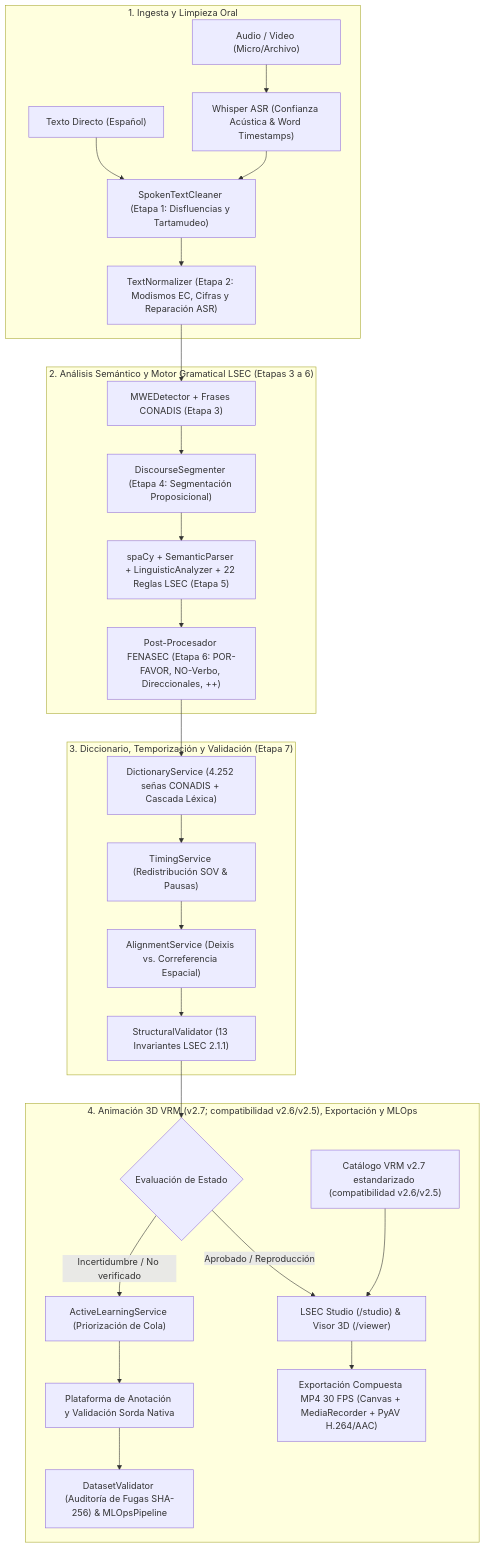
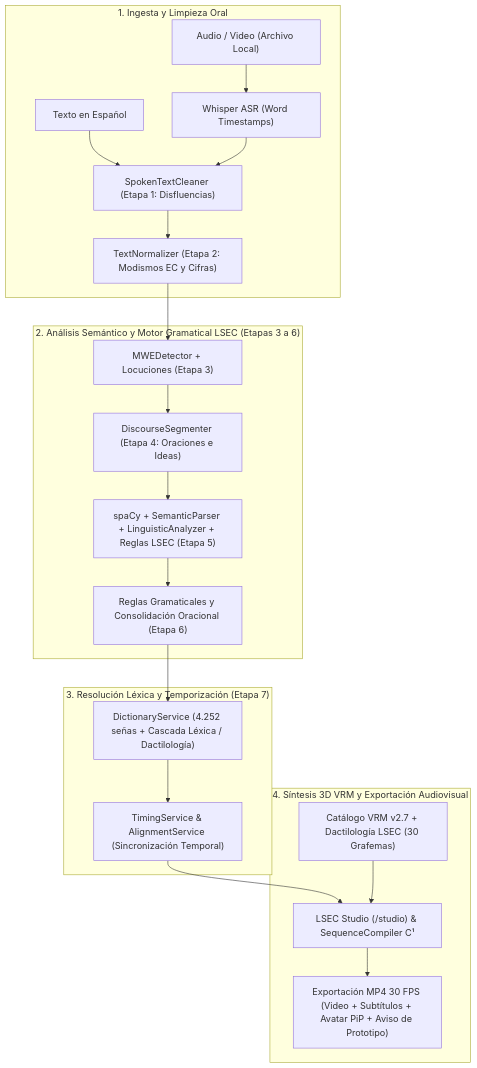
The diagram in README.md (BrandonVol3/lsec-translator), drawn with Mermaid before and after one commit. The commit also changed other lines of this file and 121 other files, not shown here.

Commit message:
feat(release): v1.0-prototipo-academico — posicionamiento académico, licencia, avisos en exportación MP4, DiscourseGroupOptimizer y documentación pública

````diff
--- a/README.md
+++ b/README.md
@@ -117,33 +73,27 @@
 ```mermaid
 graph TD
     subgraph INGESTION["1. Ingesta y Limpieza Oral"]
-        A1["Audio / Video (Micro/Archivo)"] --> A2["Whisper ASR (Confianza Acústica & Word Timestamps)"]
-        A3["Texto Directo (Español)"] --> B0["SpokenTextCleaner (Etapa 1: Disfluencias y Tartamudeo)"]
+        A1["Audio / Video (Archivo Local)"] --> A2["Whisper ASR (Word Timestamps)"]
+        A3["Texto en Español"] --> B0["SpokenTextCleaner (Etapa 1: Disfluencias)"]
         A2 --> B0
-        B0 --> B1["TextNormalizer (Etapa 2: Modismos EC, Cifras y Reparación ASR)"]
+        B0 --> B1["TextNormalizer (Etapa 2: Modismos EC y Cifras)"]
     end
 
     subgraph NLP_SEMANTIC["2. Análisis Semántico y Motor Gramatical LSEC (Etapas 3 a 6)"]
-        B1 --> B2["MWEDetector + Frases CONADIS (Etapa 3)"]
-        B2 --> B3["DiscourseSegmenter (Etapa 4: Segmentación Proposicional)"]
-        B3 --> B4["spaCy + SemanticParser + LinguisticAnalyzer + 22 Reglas LSEC (Etapa 5)"]
-        B4 --> B5["Post-Procesador FENASEC (Etapa 6: POR-FAVOR, NO-Verbo, Direccionales, ++)"]
+        B1 --> B2["MWEDetector + Locuciones (Etapa 3)"]
+        B2 --> B3["DiscourseSegmenter (Etapa 4: Oraciones e Ideas)"]
+        B3 --> B4["spaCy + SemanticParser + LinguisticAnalyzer + Reglas LSEC (Etapa 5)"]
+        B4 --> B5["Reglas Gramaticales y Consolidación Oracional (Etapa 6)"]
     end
 
-    subgraph GENERATION_VALIDATION["3. Diccionario, Temporización y Validación (Etapa 7)"]
-        B5 --> C0["DictionaryService (4.252 señas CONADIS + Cascada Léxica)"]
-        C0 --> C1["TimingService (Redistribución SOV & Pausas)"]
-        C1 --> C2["AlignmentService (Deixis vs. Correferencia Espacial)"]
-        C2 --> C3["StructuralValidator (13 Invariantes LSEC 2.1.1)"]
+    subgraph GENERATION["3. Resolución Léxica y Temporización (Etapa 7)"]
+        B5 --> C0["DictionaryService (4.252 señas + Cascada Léxica / Dactilología)"]
+        C0 --> C1["TimingService & AlignmentService (Sincronización Temporal)"]
     end
 
-    subgraph ANIMATION_AND_MLOPS["4. Animación 3D VRM (v2.7; compatibilidad v2.6/v2.5), Exportación y MLOps"]
-        C3 --> D1{"Evaluación de Estado"}
-        D1 -- "Incertidumbre / No verificado" --> D2["ActiveLearningService (Priorización de Cola)"]
-        D2 --> D3["Plataforma de Anotación y Validación Sorda Nativa"]
-        D3 --> D4["DatasetValidator (Auditoría de Fugas SHA-256) & MLOpsPipeline"]
-        D1 -- "Aprobado / Reproducción" --> E1["LSEC Studio (/studio) & Visor 3D (/viewer)"]
-        VRM_CAT["Catálogo VRM v2.7 estandarizado (compatibilidad v2.6/v2.5)"] --> E1
-        E1 --> EXP["Exportación Compuesta MP4 30 FPS (Canvas + MediaRecorder + PyAV H.264/AAC)"]
+    subgraph ANIMATION["4. Síntesis 3D VRM y Exportación Audiovisual"]
+        C1 --> E1["LSEC Studio (/studio) & SequenceCompiler C¹"]
+        VRM_CAT["Catálogo VRM v2.7 + Dactilología LSEC (30 Grafemas)"] --> E1
+        E1 --> EXP["Exportación MP4 30 FPS (Video + Subtítulos + Avatar PiP + Aviso de Prototipo)"]
     end
 ```
````
